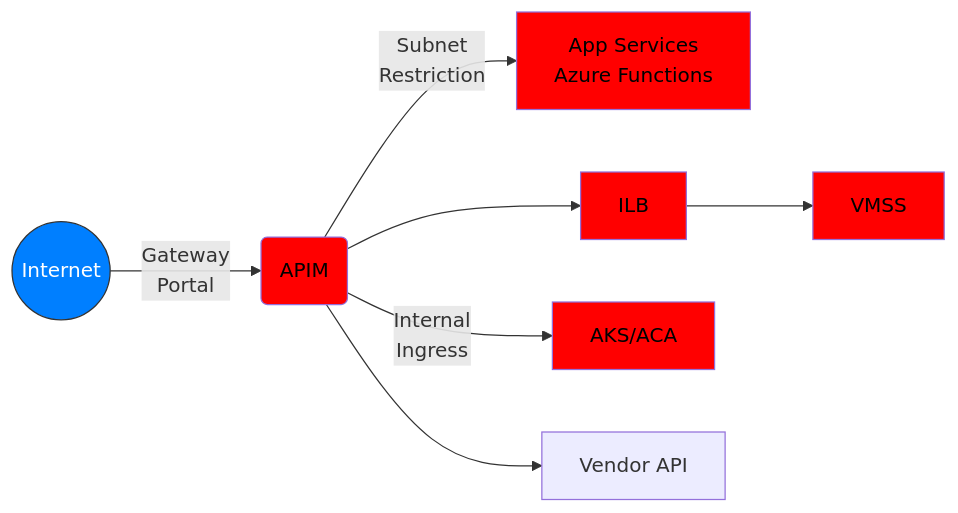
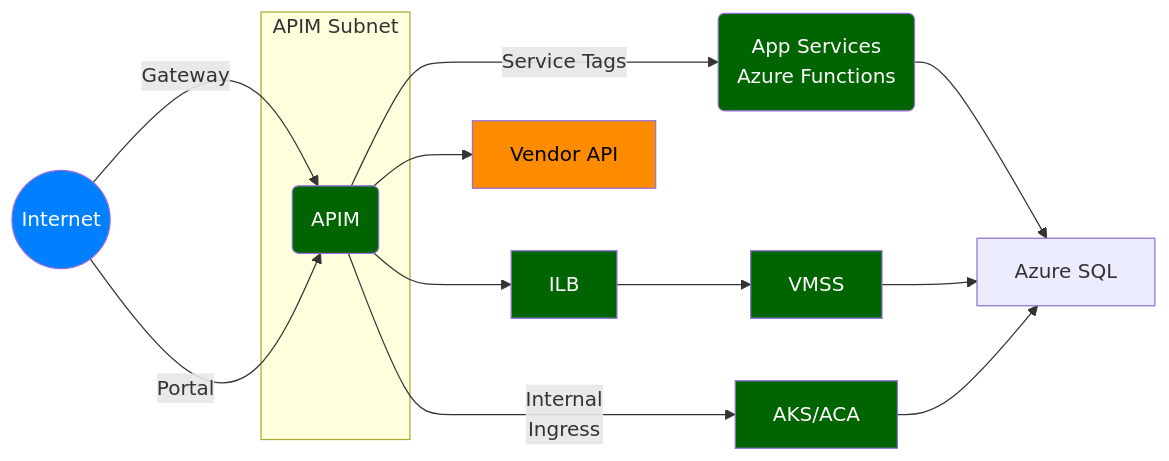
One commit to msalemor/azure-apim-networking changed the second of 3 diagrams in README.md. Above: the diagram before and after it, drawn with Mermaid. The commit also changed other lines of this file, not shown here.

````diff
--- a/README.md
+++ b/README.md
@@ -44,14 +48,23 @@
 ```mermaid
 graph LR;
-    A((Internet))--Gateway<br/>Portal-->B(APIM)
-    B--Subnet<br/>Restriction-->C[App Services<br/>Azure Functions]
-    B-->D[ILB];
-    D-->F[VMSS];
-    B--Internal<br/>Ingress-->E[AKS/ACA];
-    B-->G[Vendor API]
-    style A fill:#007FFF,stroke:#333,stroke-width:1px,color:#fff;    
-    classDef unsafe fill:#4DFF4D,stroke:#333,stroke-width:1px,color:black;
-    class X unsafe;
-    classDef safe fill:red,color:black;
-    class C,Z,B,D,F,E,M safe;
+  A((Internet))--Gateway-->B;
+  A((Internet))--Portal-->B;
+  subgraph "APIM Subnet"
+    B(APIM)
+  end;
+  B--Service Tags-->C(App Services<br/>Azure Functions);
+  B-->D[ILB];
+  D-->F[VMSS];
+  B--Internal<br/>Ingress-->E[AKS/ACA];
+  B-->G[Vendor API];
+  C-->H[Azure SQL];
+  F-->H;
+  E-->H;
+  classDef internet fill:#007FFF,color:white;
+  classDef unsafe fill:#ff3333,color:white;
+  classDef semisafe fill:darkorange,color:black;
+  classDef safe fill:darkgreen,color:white;
+  class A internet;
+  class B,C,D,F,E safe;
+  class G semisafe;
 ```
````
